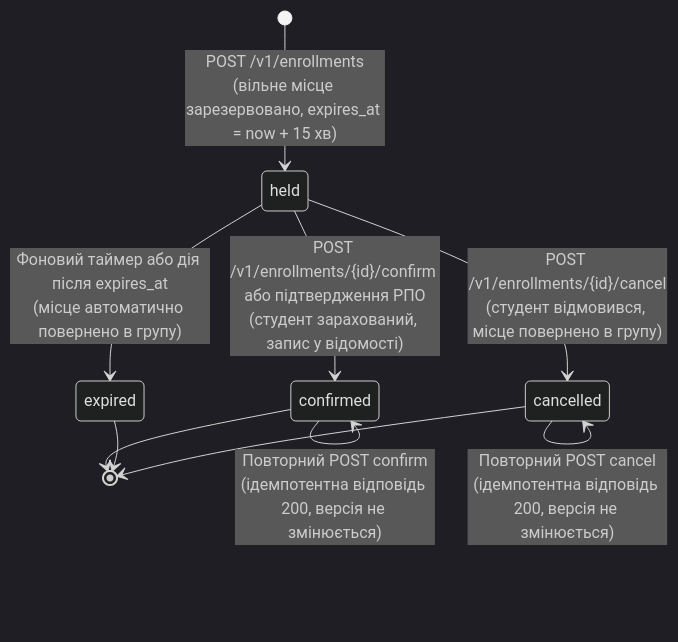
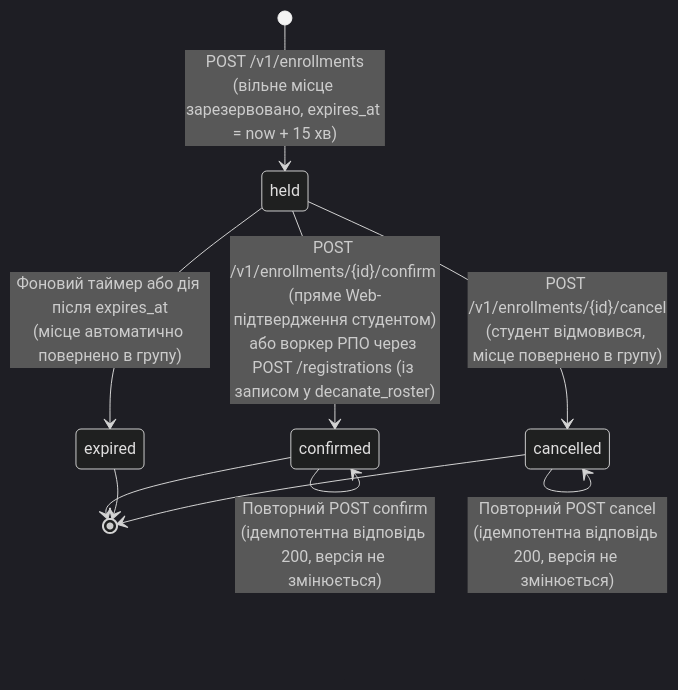
Before and after one commit to AirFlex2/distributed-parallel-computing-and-web-course-c10: the first of 4 diagrams in README.md, drawn with Mermaid (dark theme). The commit also changed other lines of this file and 2 other files, not shown here.

````diff
--- a/README.md
+++ b/README.md
@@ -61,16 +61,16 @@
 ```mermaid
 stateDiagram-v2
     [*] --> held: POST /v1/enrollments<br>(вільне місце зарезервовано, expires_at = now + 15 хв)
     
-    held --> confirmed: POST /v1/enrollments/{id}/confirm або підтвердження РПО<br>(студент зарахований, запис у відомості)
+    held --> confirmed: POST /v1/enrollments/{id}/confirm (пряме Web-підтвердження студентом)<br>або воркер РПО через POST /registrations (із записом у decanate_roster)
     held --> cancelled: POST /v1/enrollments/{id}/cancel<br>(студент відмовився, місце повернено в групу)
     held --> expired: Фоновий таймер або дія після expires_at<br>(місце автоматично повернено в групу)
     
     confirmed --> [*]
     
     confirmed --> confirmed: Повторний POST confirm<br>(ідемпотентна відповідь 200, версія не змінюється)
     cancelled --> cancelled: Повторний POST cancel<br>(ідемпотентна відповідь 200, версія не змінюється)
     
     expired --> [*]
     cancelled --> [*]
 ```
````
